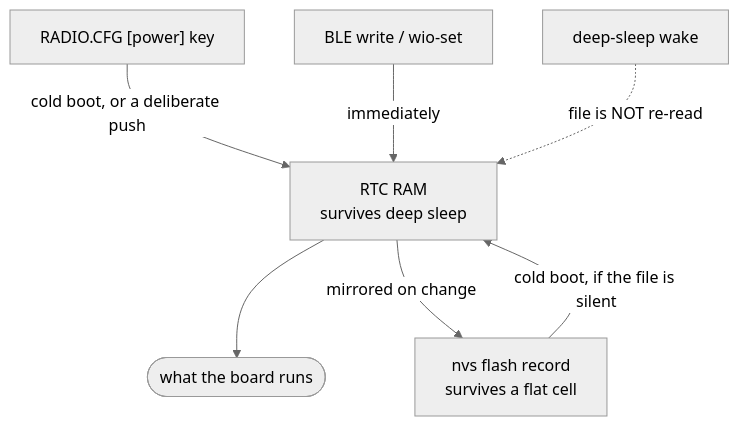
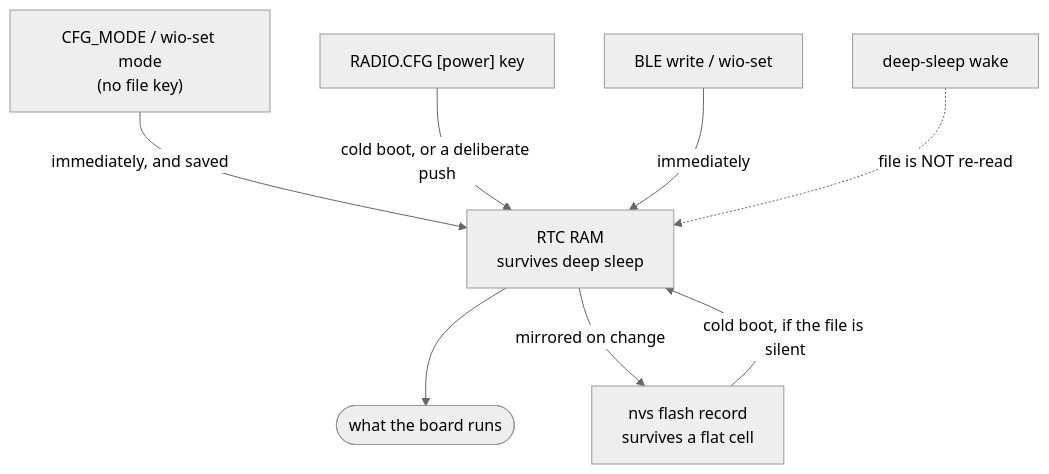
The diagram in docs/POWER.md (Telemety-In-Midair/telemetry-in-midair-rs), drawn with Mermaid (neutral theme) before and after one commit. The commit also changed other lines of this file and 5 other files, not shown here.

````diff
--- a/docs/POWER.md
+++ b/docs/POWER.md
@@ -143,16 +186,18 @@
 ```mermaid
 flowchart TD
+    MODE["CFG_MODE / wio-set mode<br/>(no file key)"]
     FILE["RADIO.CFG [power] key"]
     LIVE["BLE write / wio-set"]
     RTC["RTC RAM<br/>survives deep sleep"]
     NVS["nvs flash record<br/>survives a flat cell"]
     RUN(["what the board runs"])
 
+    MODE -->|"immediately, and saved"| RTC
     FILE -->|"cold boot, or a deliberate push"| RTC
     LIVE -->|"immediately"| RTC
     RTC --> RUN
     RTC -->|"mirrored on change"| NVS
     NVS -->|"cold boot, if the file is silent"| RTC
 
     WAKE["deep-sleep wake"] -.->|"file is NOT re-read"| RTC
 ```
````
